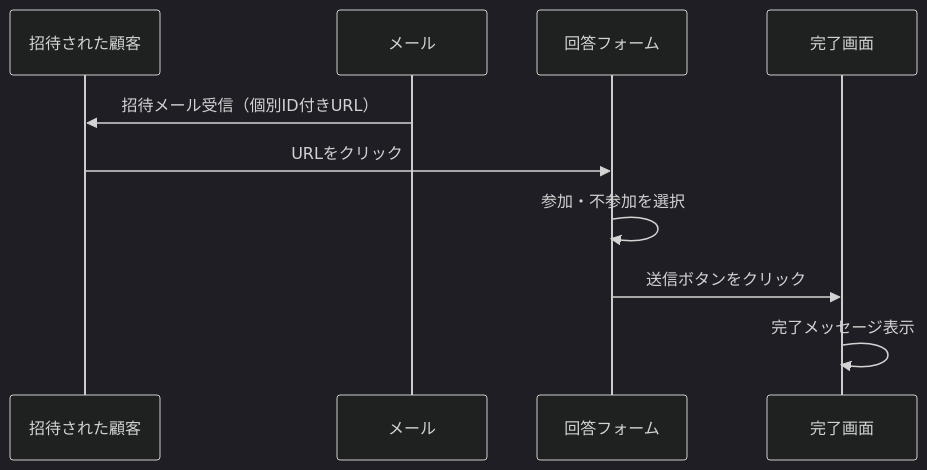
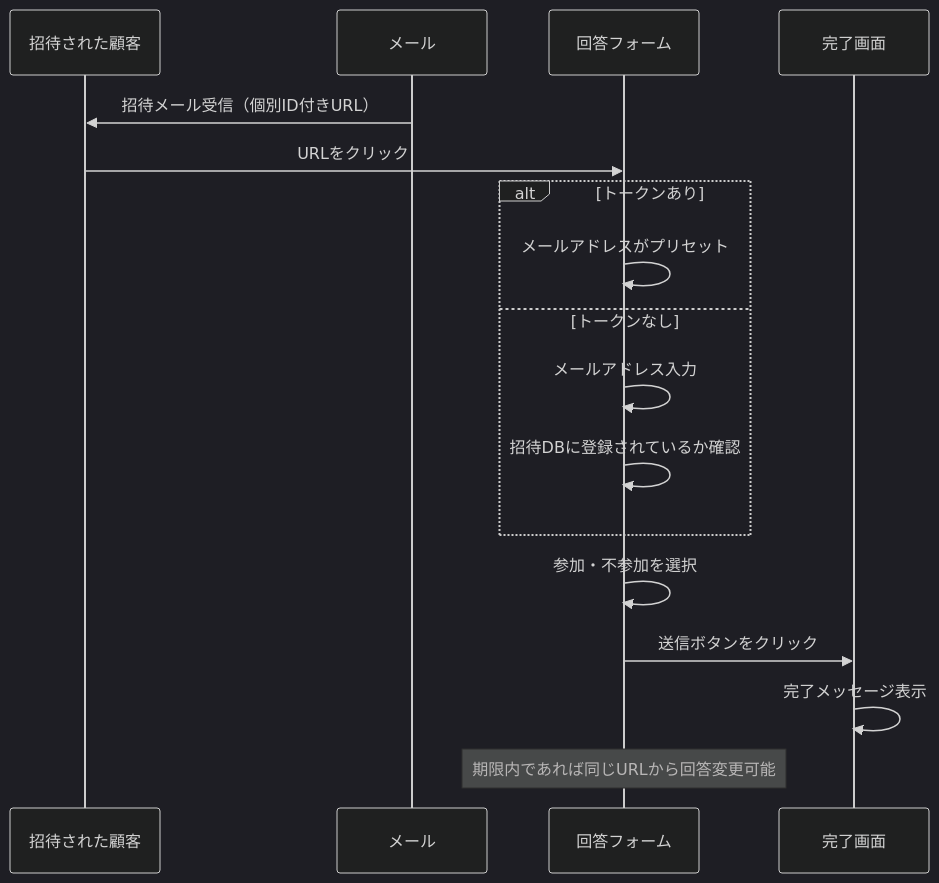
The third of 3 diagrams in spec/画面設計書.md (anhklv/marcopolo-portal-mirror), drawn with Mermaid (dark theme) before and after one commit. The commit also changed other lines of this file and 8 other files, not shown here.

````diff
--- a/spec/画面設計書.md
+++ b/spec/画面設計書.md
@@ -80,13 +80,20 @@
 ```mermaid
 sequenceDiagram
     participant User as 招待された顧客
     participant Email as メール
     participant RSVP as 回答フォーム
     participant Complete as 完了画面
     
     Email->>User: 招待メール受信（個別ID付きURL）
     User->>RSVP: URLをクリック
+    alt トークンあり
+        RSVP->>RSVP: メールアドレスがプリセット
+    else トークンなし
+        RSVP->>RSVP: メールアドレス入力
+        RSVP->>RSVP: 招待DBに登録されているか確認
+    end
     RSVP->>RSVP: 参加・不参加を選択
     RSVP->>Complete: 送信ボタンをクリック
     Complete->>Complete: 完了メッセージ表示
+    Note over RSVP: 期限内であれば同じURLから回答変更可能
 ```
````
